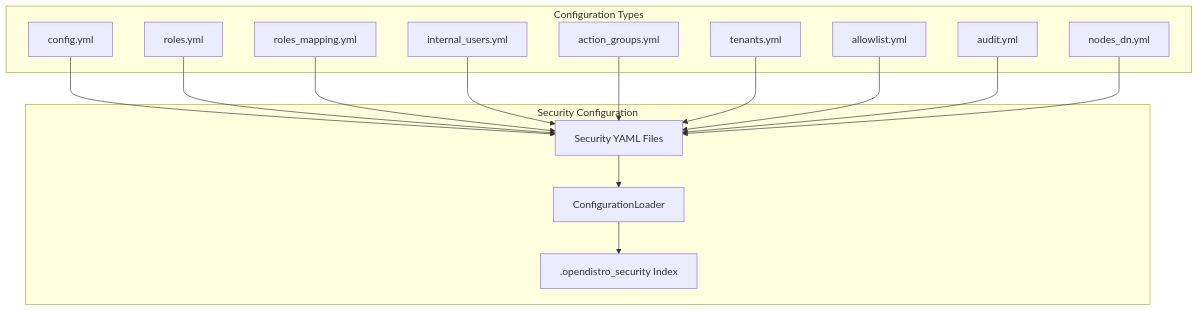
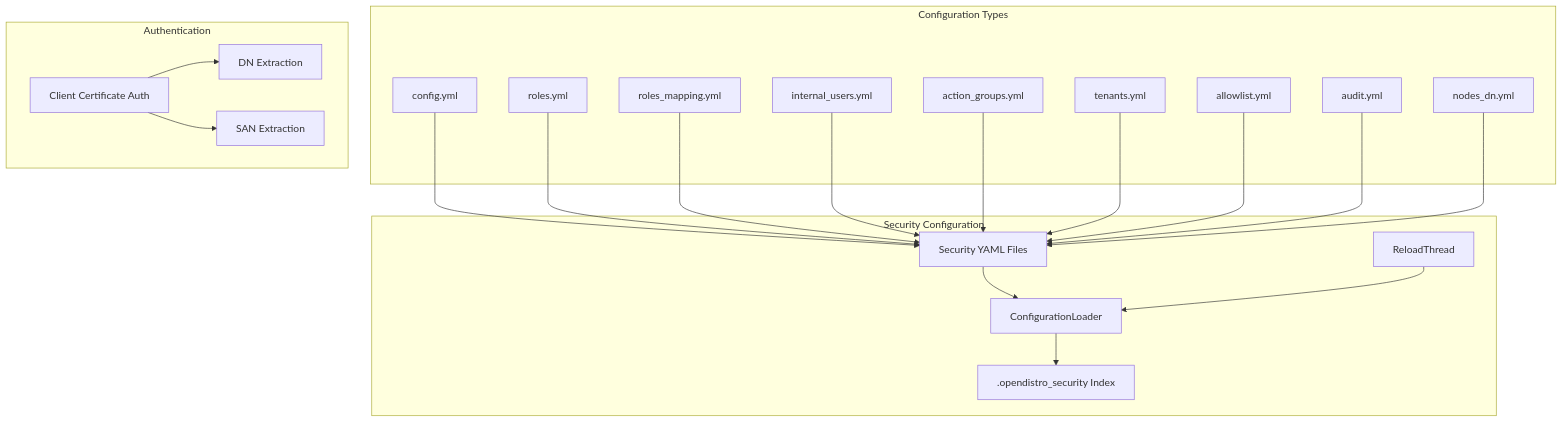
Before and after one commit to tkykenmt/opensearch-feature-explorer: the diagram in docs/features/security/security-configuration.md, drawn with Mermaid. The commit also changed other lines of this file and 2 other files, not shown here.

````diff
--- a/docs/features/security/security-configuration.md
+++ b/docs/features/security/security-configuration.md
@@ -11,32 +11,43 @@
 ```mermaid
 graph TB
     subgraph "Security Configuration"
         YAML[Security YAML Files]
         Index[.opendistro_security Index]
         Loader[ConfigurationLoader]
+        ReloadThread[ReloadThread]
     end
     
     subgraph "Configuration Types"
         Config[config.yml]
         Roles[roles.yml]
         RolesMapping[roles_mapping.yml]
         InternalUsers[internal_users.yml]
         ActionGroups[action_groups.yml]
         Tenants[tenants.yml]
         Allowlist[allowlist.yml]
         Audit[audit.yml]
         Nodesdn[nodes_dn.yml]
     end
     
+    subgraph "Authentication"
+        CertAuth[Client Certificate Auth]
+        DN[DN Extraction]
+        SAN[SAN Extraction]
+    end
+    
     YAML --> Loader
     Loader --> Index
+    ReloadThread --> Loader
     Config --> YAML
     Roles --> YAML
     RolesMapping --> YAML
     InternalUsers --> YAML
     ActionGroups --> YAML
     Tenants --> YAML
     Allowlist --> YAML
     Audit --> YAML
     Nodesdn --> YAML
+    
+    CertAuth --> DN
+    CertAuth --> SAN
 ```
````
